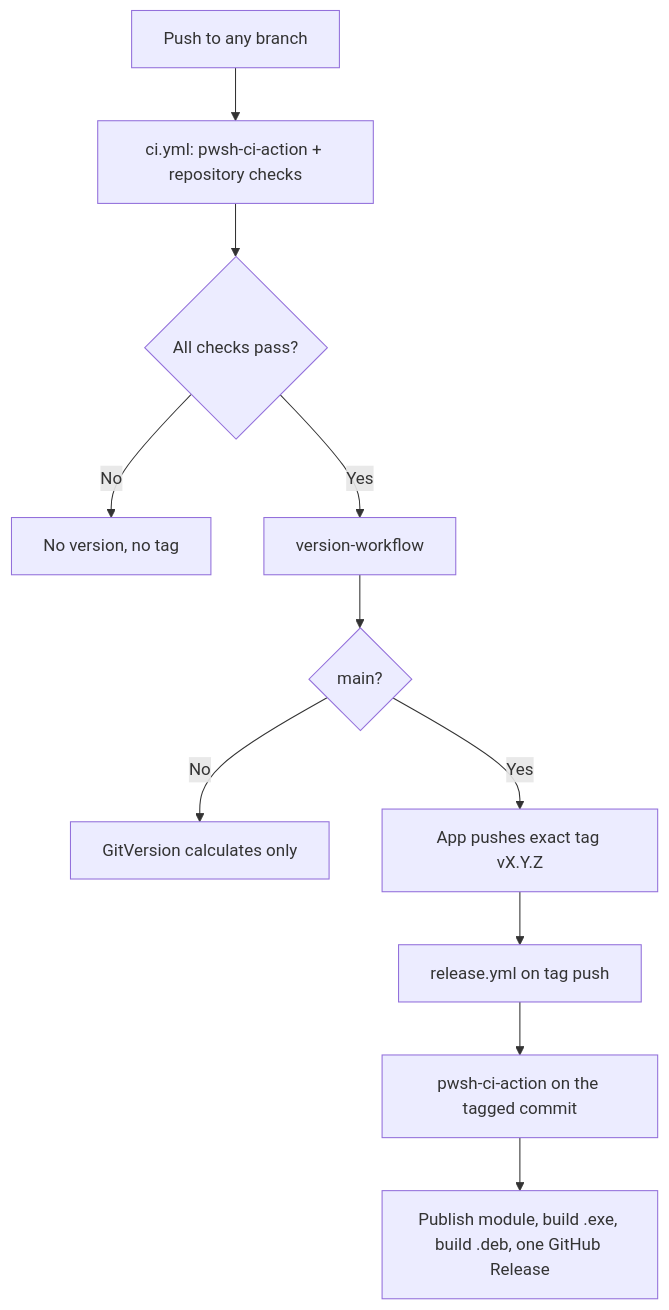
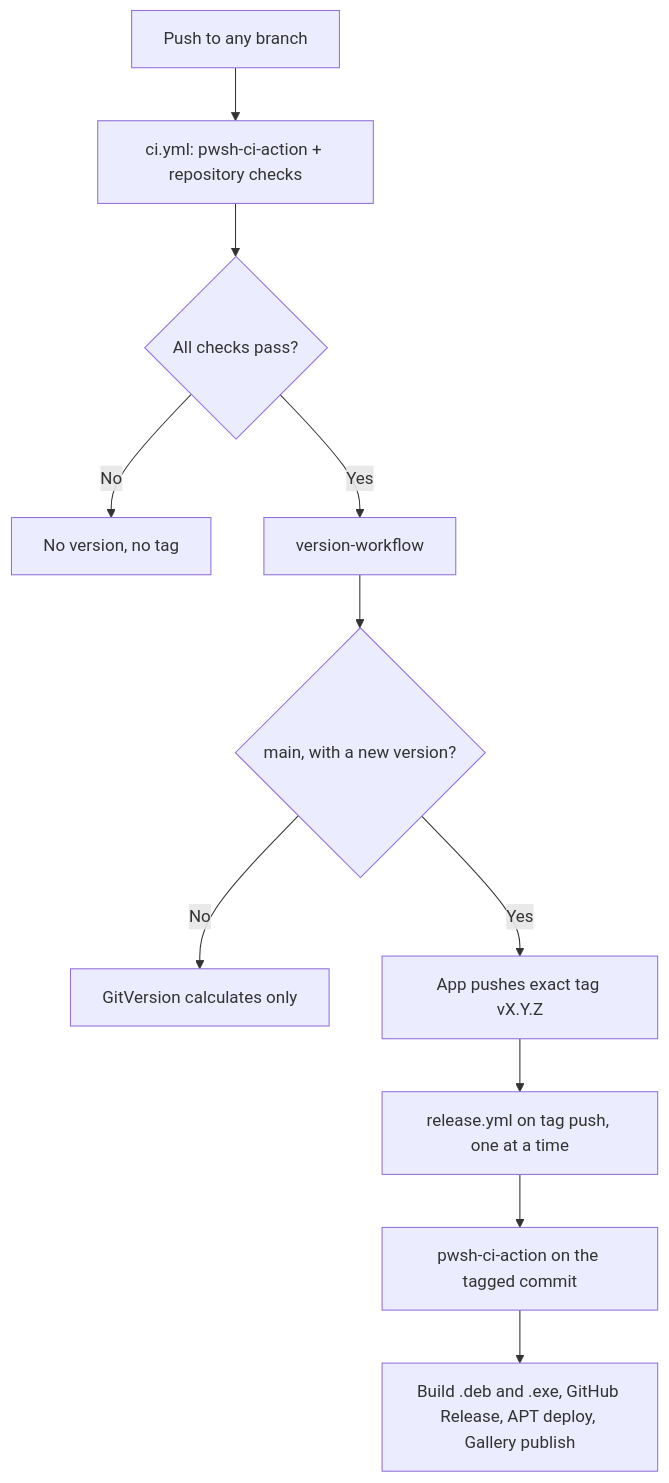
One commit to vhco-pro/docs changed the diagram in docs/internal/plans/pwsh-release-workflow.md. Above: the diagram before and after it, drawn with Mermaid. The commit also changed other lines of this file, not shown here.

First line of the commit message:
docs: revise the PowerShell release plan after its first review [skip ci]

````diff
--- a/docs/internal/plans/pwsh-release-workflow.md
+++ b/docs/internal/plans/pwsh-release-workflow.md
@@ -161,13 +232,13 @@
 ```mermaid
 flowchart TD
     Push["Push to any branch"] --> CI["ci.yml: pwsh-ci-action + repository checks"]
     CI --> Pass{"All checks pass?"}
     Pass -->|No| Stop["No version, no tag"]
     Pass -->|Yes| Ver["version-workflow"]
-    Ver --> Gate{"main?"}
+    Ver --> Gate{"main, with a new version?"}
     Gate -->|No| Calc["GitVersion calculates only"]
     Gate -->|Yes| Tag["App pushes exact tag vX.Y.Z"]
-    Tag --> Rel["release.yml on tag push"]
+    Tag --> Rel["release.yml on tag push, one at a time"]
     Rel --> Recheck["pwsh-ci-action on the tagged commit"]
-    Recheck --> Pub["Publish module, build .exe, build .deb, one GitHub Release"]
+    Recheck --> Pub["Build .deb and .exe, GitHub Release, APT deploy, Gallery publish"]
 ```
````
